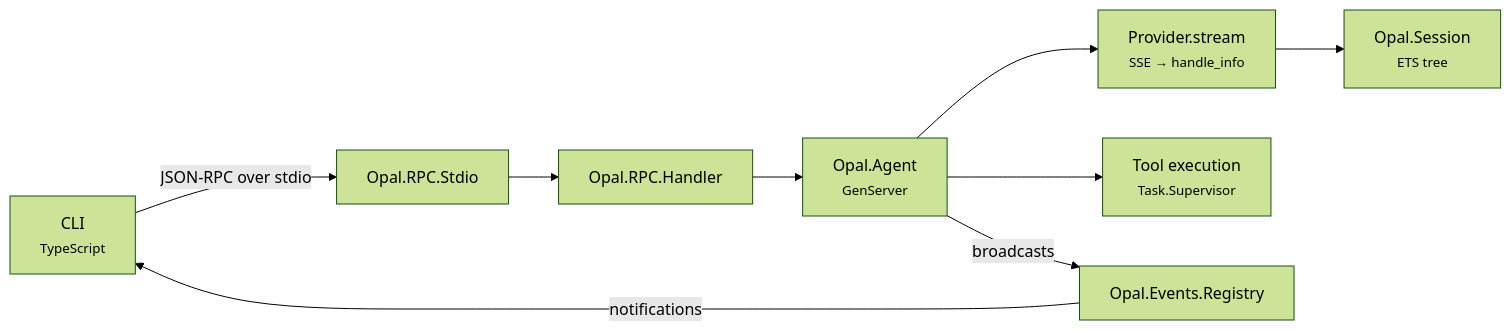
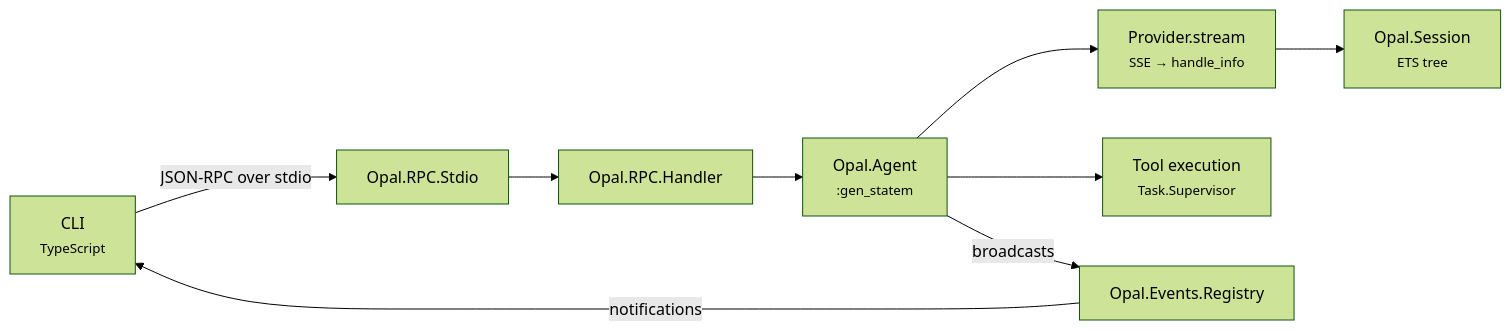
Before and after one commit to matteing/opal: the second of 2 diagrams in docs/index.md, drawn with Mermaid (forest theme). The commit also changed other lines of this file and 18 other files, not shown here.

Commit message:
feat: rewrite agent loop using gen_fsm

````diff
--- a/docs/index.md
+++ b/docs/index.md
@@ -34,17 +34,17 @@
 ```mermaid
 graph LR
     CLI["CLI<br/><small>TypeScript</small>"]
     Stdio["Opal.RPC.Stdio"]
     Handler["Opal.RPC.Handler"]
-    Agent["Opal.Agent<br/><small>GenServer</small>"]
+    Agent["Opal.Agent<br/><small>:gen_statem</small>"]
     Provider["Provider.stream<br/><small>SSE → handle_info</small>"]
     Tools["Tool execution<br/><small>Task.Supervisor</small>"]
     Session["Opal.Session<br/><small>ETS tree</small>"]
     Events["Opal.Events.Registry"]
 
     CLI -- "JSON-RPC over stdio" --> Stdio --> Handler --> Agent
     Agent --> Provider --> Session
     Agent --> Tools
     Events -- "notifications" --> CLI
     Agent -- "broadcasts" --> Events
 ```
````
